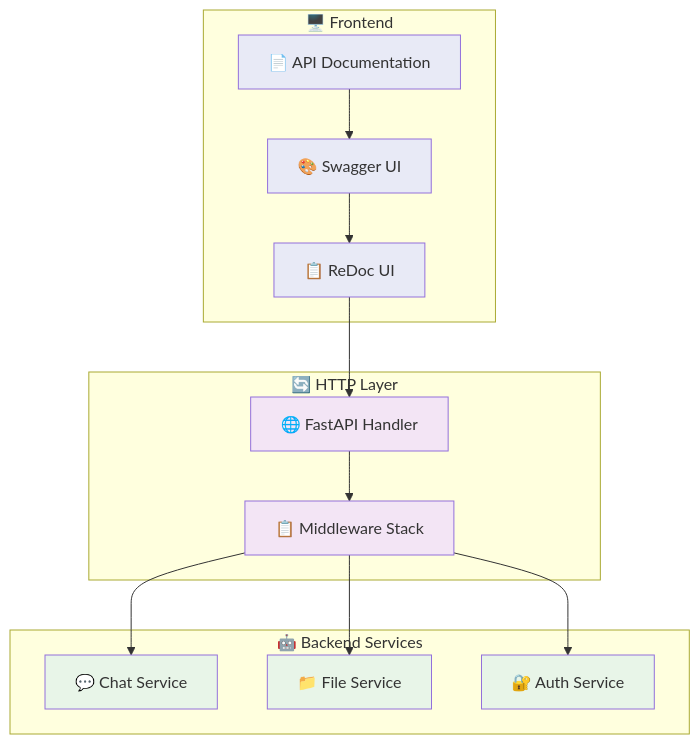
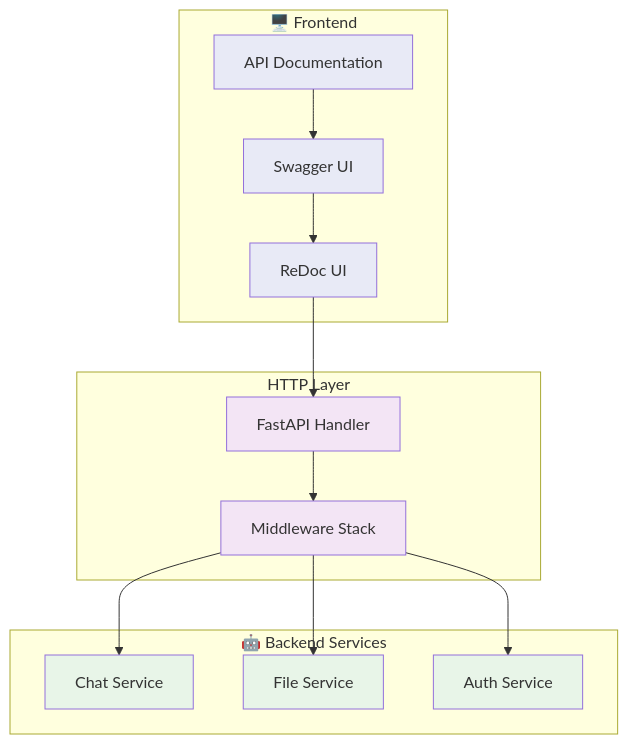
One commit to the-ingenious-dark-knight/Insight_Ingenious changed the fourth of 13 diagrams in docs/architecture/README.md. Above: the diagram before and after it, drawn with Mermaid. The commit also changed other lines of this file and 23 other files, not shown here.

````diff
--- a/docs/architecture/README.md
+++ b/docs/architecture/README.md
@@ -164,35 +164,35 @@
 ```mermaid
 graph TD
     subgraph "🖥️ Frontend"
-        DOCS[📄 API Documentation]
-        SWAGGER[🎨 Swagger UI]
-        REDOC[📋 ReDoc UI]
+        DOCS[ API Documentation]
+        SWAGGER[ Swagger UI]
+        REDOC[ ReDoc UI]
     end
 
-    subgraph "🔄 HTTP Layer"
-        FASTAPI[🌐 FastAPI Handler]
-        MIDDLEWARE[📋 Middleware Stack]
+    subgraph " HTTP Layer"
+        FASTAPI[ FastAPI Handler]
+        MIDDLEWARE[ Middleware Stack]
     end
 
     subgraph "🤖 Backend Services"
-        CHAT_SERVICE[💬 Chat Service]
-        FILE_SERVICE[📁 File Service]
-        AUTH_SERVICE[🔐 Auth Service]
+        CHAT_SERVICE[ Chat Service]
+        FILE_SERVICE[ File Service]
+        AUTH_SERVICE[ Auth Service]
     end
 
     DOCS --> SWAGGER
     SWAGGER --> REDOC
     REDOC --> FASTAPI
     FASTAPI --> MIDDLEWARE
     MIDDLEWARE --> CHAT_SERVICE
     MIDDLEWARE --> FILE_SERVICE
     MIDDLEWARE --> AUTH_SERVICE
 
     classDef frontend fill:#e8eaf6
     classDef http fill:#f3e5f5
     classDef backend fill:#e8f5e8
 
     class DOCS,SWAGGER,REDOC frontend
     class FASTAPI,MIDDLEWARE http
     class CHAT_SERVICE,FILE_SERVICE,AUTH_SERVICE backend
 ```
````
